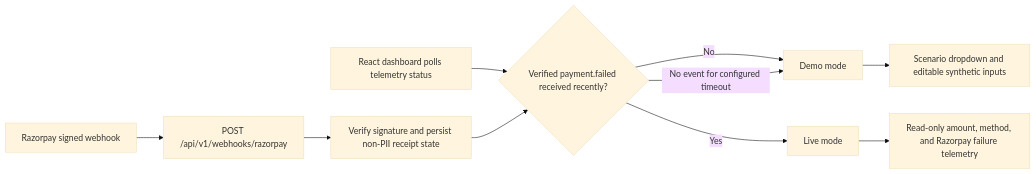
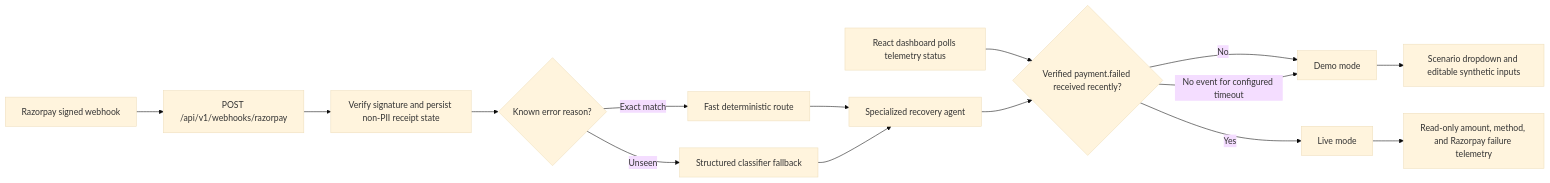
The second of 6 diagrams in README.md (oceancream777/RecovPilot), drawn with Mermaid (base theme) before and after one commit. The commit also changed other lines of this file and 5 other files, not shown here.

````diff
--- a/README.md
+++ b/README.md
@@ -109,12 +111,17 @@
 ```mermaid
 flowchart LR
     A[React dashboard polls telemetry status] --> B{Verified payment.failed received recently?}
     B -->|No| C[Demo mode]
     C --> D[Scenario dropdown and editable synthetic inputs]
     B -->|Yes| E[Live mode]
     E --> F[Read-only amount, method, and Razorpay failure telemetry]
     G[Razorpay signed webhook] --> H[POST /api/v1/webhooks/razorpay]
     H --> I[Verify signature and persist non-PII receipt state]
-    I --> B
+    I --> J{Known error reason?}
+    J -->|Exact match| K[Fast deterministic route]
+    J -->|Unseen| L[Structured classifier fallback]
+    K --> M[Specialized recovery agent]
+    L --> M
+    M --> B
     B -->|No event for configured timeout| C
 ```
````
